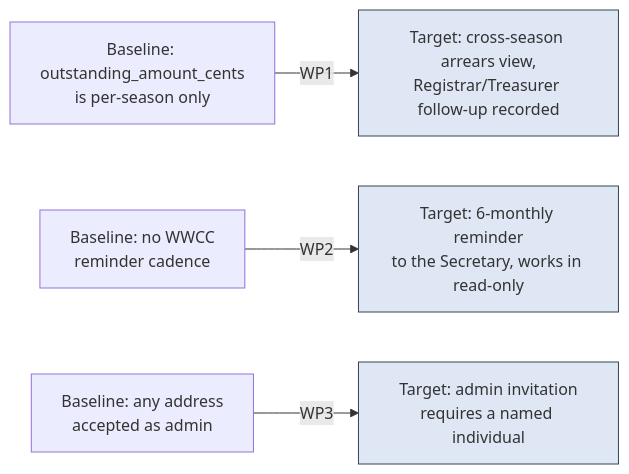
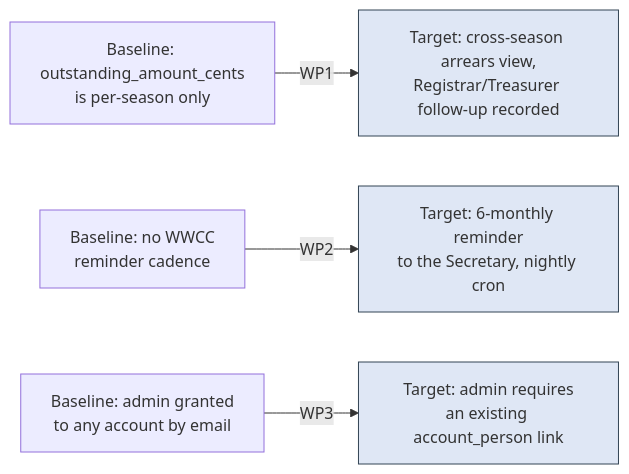
Before and after one commit to DataME2/ia-architect: the diagram in docs/scope/48_arrears_visibility_wwcc_reminders_and_the_administrator_constraint.md, drawn with Mermaid. The commit also changed other lines of this file and 10 other files, not shown here.

First line of the commit message:
feat: admin grant requires a linked account (scope 48, WP3)

````diff
--- a/docs/scope/48_arrears_visibility_wwcc_reminders_and_the_administrator_constraint.md
+++ b/docs/scope/48_arrears_visibility_wwcc_reminders_and_the_administrator_constraint.md
@@ -39,8 +39,8 @@
 ```mermaid
 flowchart LR
   classDef implementation fill:#dfe7f5,stroke:#345,stroke-width:1px
   B[Baseline: outstanding_amount_cents<br/>is per-season only] -->|WP1| T1[Target: cross-season arrears view,<br/>Registrar/Treasurer follow-up recorded]
-  B2[Baseline: no WWCC<br/>reminder cadence] -->|WP2| T2[Target: 6-monthly reminder<br/>to the Secretary, works in read-only]
-  B3[Baseline: any address<br/>accepted as admin] -->|WP3| T3[Target: admin invitation<br/>requires a named individual]
+  B2[Baseline: no WWCC<br/>reminder cadence] -->|WP2| T2[Target: 6-monthly reminder<br/>to the Secretary, nightly cron]
+  B3[Baseline: admin granted<br/>to any account by email] -->|WP3| T3[Target: admin requires<br/>an existing account_person link]
   class T1,T2,T3 implementation
 ```
````
